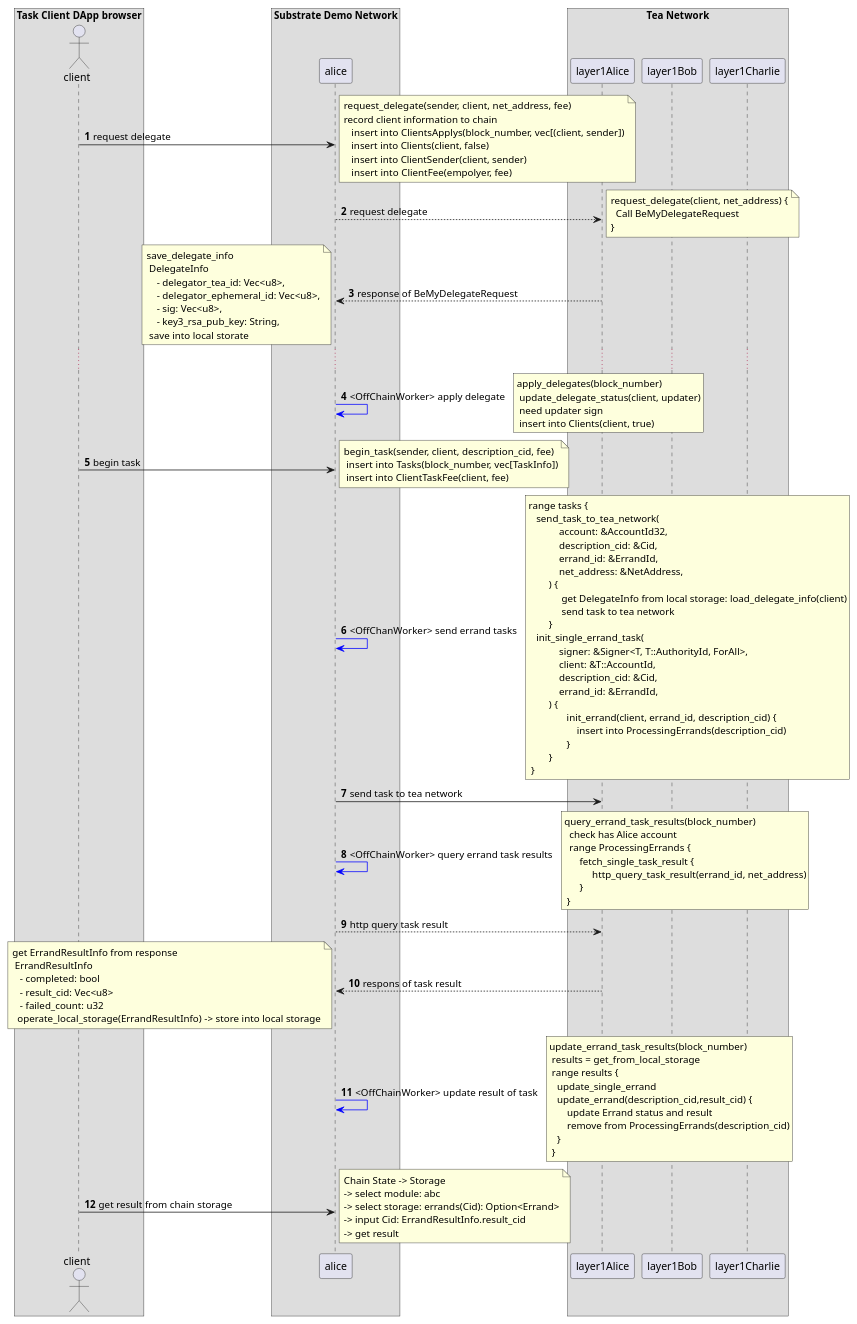
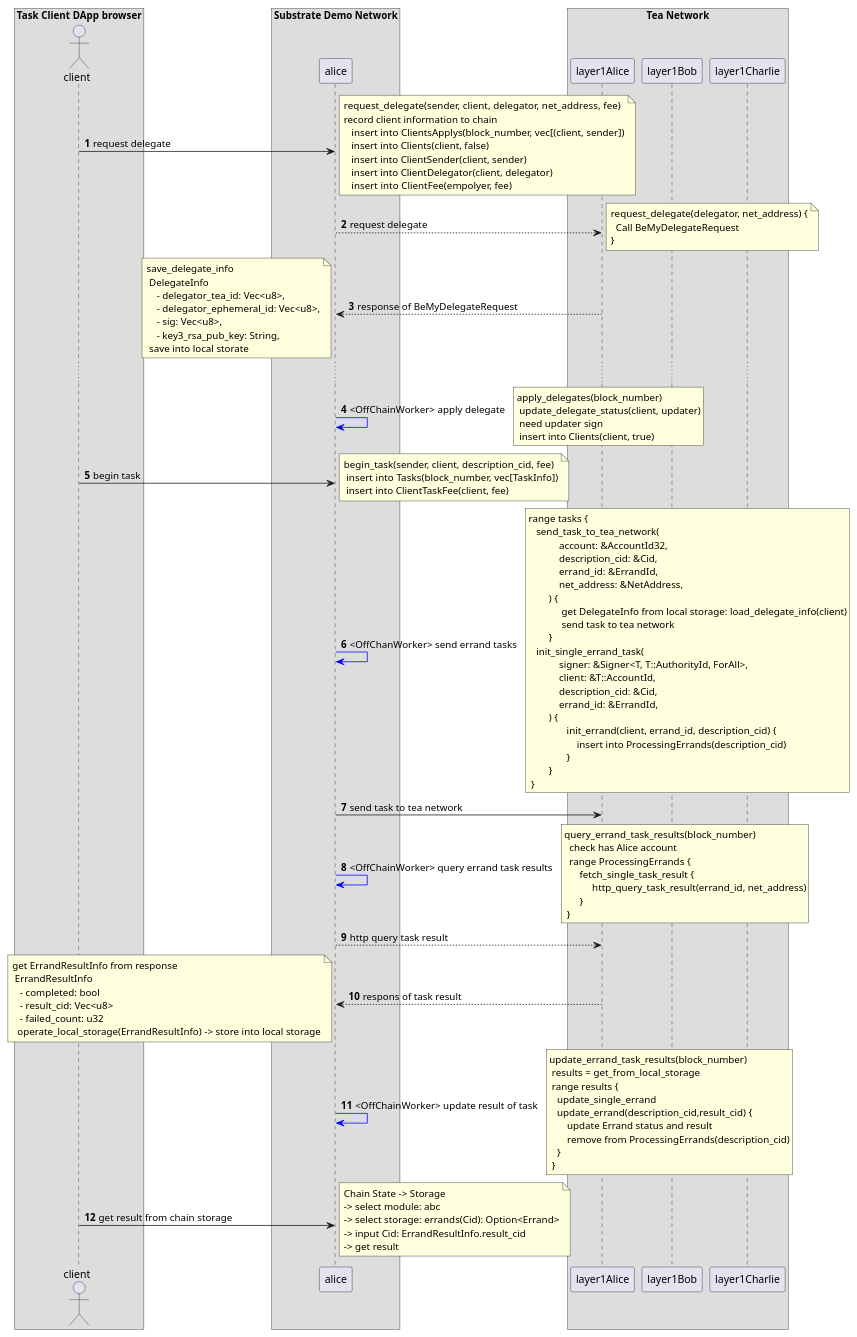
Before and after one commit to tearust/tea-docs: the diagram in Try_the_demo/Run_task_on_other_blockchain_sequence.md, drawn with PlantUML. The commit also changed 3 other files, not shown here.

```diff
--- a/Try_the_demo/Run_task_on_other_blockchain_sequence.md
+++ b/Try_the_demo/Run_task_on_other_blockchain_sequence.md
@@ -18,17 +18,18 @@
 
 client->alice: request delegate
 note right
-request_delegate(sender, client, net_address, fee)
+request_delegate(sender, client, delegator, net_address, fee)
 record client information to chain
    insert into ClientsApplys(block_number, vec[(client, sender])
    insert into Clients(client, false)
    insert into ClientSender(client, sender)
+   insert into ClientDelegator(client, delegator)
    insert into ClientFee(empolyer, fee)
 end note
 
 alice-->layer1Alice: request delegate
 note right
- request_delegate(client, net_address) {
+ request_delegate(delegator, net_address) {
    Call BeMyDelegateRequest
  }
 end note
```
